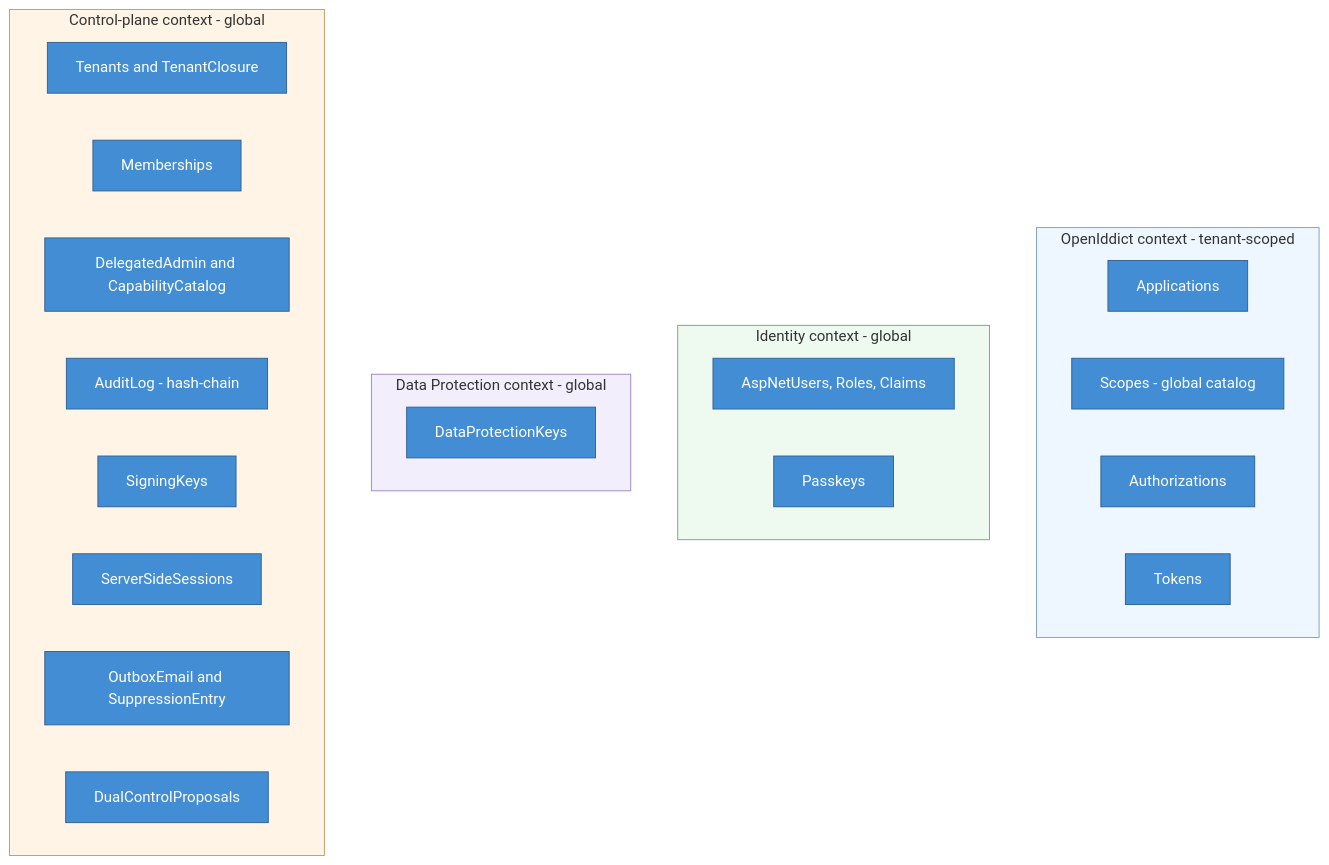
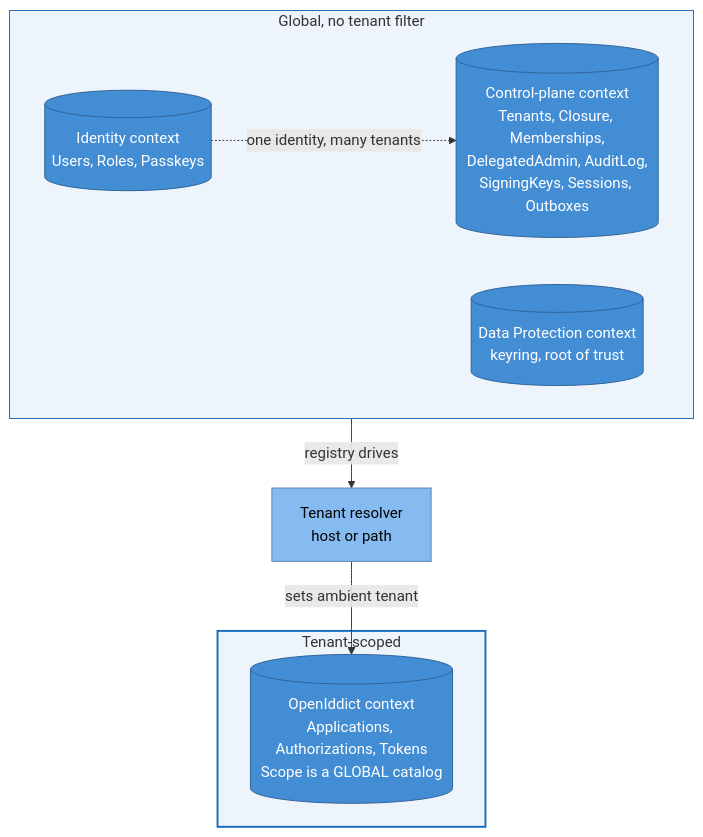
Before and after one commit to namphuongtran/nami: the first of 5 diagrams in docs/architecture/05-data.md, drawn with Mermaid. The commit also changed other lines of this file and 1 other file, not shown here.

First line of the commit message:
docs: reconcile the component and data views (batch 2b, part 2)

````diff
--- a/docs/architecture/05-data.md
+++ b/docs/architecture/05-data.md
@@ -14,32 +27,23 @@
 ```mermaid
 graph TB
-  subgraph oi[OpenIddict context - tenant-scoped]
-    app[Applications]:::store
-    scp[Scopes - global catalog]:::store
-    az[Authorizations]:::store
-    tk[Tokens]:::store
+  res[Tenant resolver<br/>host or path]:::comp
+
+  subgraph TS[Tenant-scoped]
+    oi[(OpenIddict context<br/>Applications, Authorizations, Tokens<br/>Scope is a GLOBAL catalog)]:::store
   end
-  subgraph idc[Identity context - global]
-    usr[AspNetUsers, Roles, Claims]:::store
-    pk[Passkeys]:::store
-  end
-  subgraph dpc[Data Protection context - global]
-    dpk[DataProtectionKeys]:::store
-  end
-  subgraph cpc[Control-plane context - global]
-    ten[Tenants and TenantClosure]:::store
-    mem[Memberships]:::store
-    da[DelegatedAdmin and CapabilityCatalog]:::store
-    aud[AuditLog - hash-chain]:::store
-    sk[SigningKeys]:::store
-    ses[ServerSideSessions]:::store
-    ob[OutboxEmail and SuppressionEntry]:::store
-    dcp[DualControlProposals]:::store
+  subgraph GL[Global, no tenant filter]
+    direction LR
+    id[(Identity context<br/>Users, Roles, Passkeys)]:::store
+    dp[(Data Protection context<br/>keyring, root of trust)]:::store
+    cp[(Control-plane context<br/>Tenants, Closure, Memberships,<br/>DelegatedAdmin, AuditLog,<br/>SigningKeys, Sessions, Outboxes)]:::store
   end
 
+  res -->|sets ambient tenant| oi
+  cp -->|registry drives| res
+  id -.->|one identity, many tenants| cp
+
+  classDef comp fill:#85bbf0,stroke:#5d82a8,color:#000000
   classDef store fill:#438dd5,stroke:#2e6295,color:#ffffff
-  style oi fill:#eef6ff,stroke:#7d9fc6
-  style idc fill:#eefaf0,stroke:#6aab86
-  style dpc fill:#f3eefc,stroke:#9a86c6
-  style cpc fill:#fff4e6,stroke:#c69a66
+  style TS fill:#eef4fb,stroke:#1168bd,stroke-width:2px
+  style GL fill:#eef4fb,stroke:#1168bd,stroke-width:1px
 ```
````
